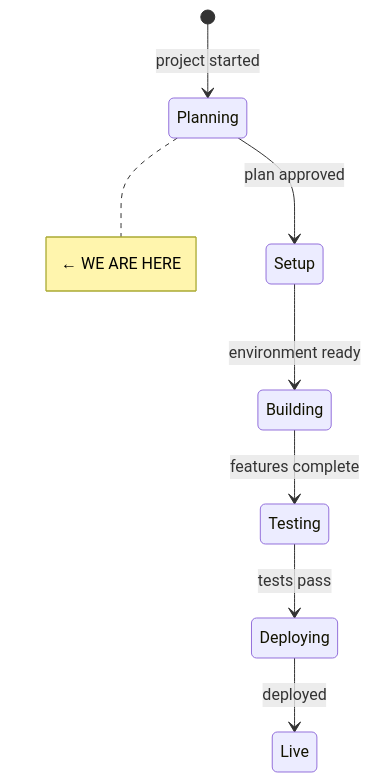
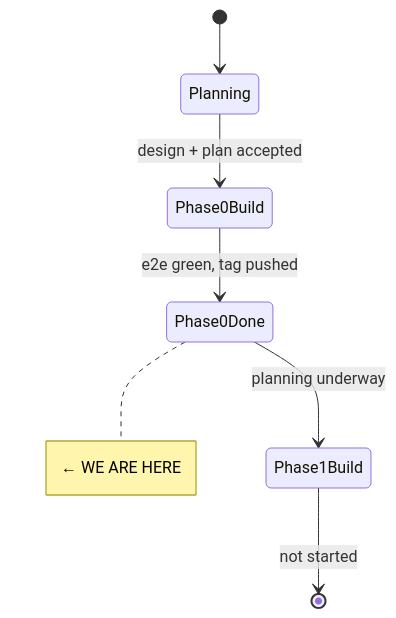
One commit to dataforaction-tom/soundings changed the first of 2 diagrams in STATE.md. Above: the diagram before and after it, drawn with Mermaid. The commit also changed other lines of this file and 35 other files, not shown here.

First line of the commit message:
docs: phase 0 complete — geography spine live

````diff
--- a/STATE.md
+++ b/STATE.md
@@ -7,11 +8,10 @@
 ```mermaid
 stateDiagram-v2
-    [*] --> Planning: project started
-    Planning --> Setup: plan approved
-    Setup --> Building: environment ready
-    Building --> Testing: features complete
-    Testing --> Deploying: tests pass
-    Deploying --> Live: deployed
-    
-    note right of Planning: ← WE ARE HERE
+    [*] --> Planning
+    Planning --> Phase0Build: design + plan accepted
+    Phase0Build --> Phase0Done: e2e green, tag pushed
+    Phase0Done --> Phase1Build: planning underway
+    Phase1Build --> [*]: not started
+
+    note right of Phase0Done: ← WE ARE HERE
 ```
````
